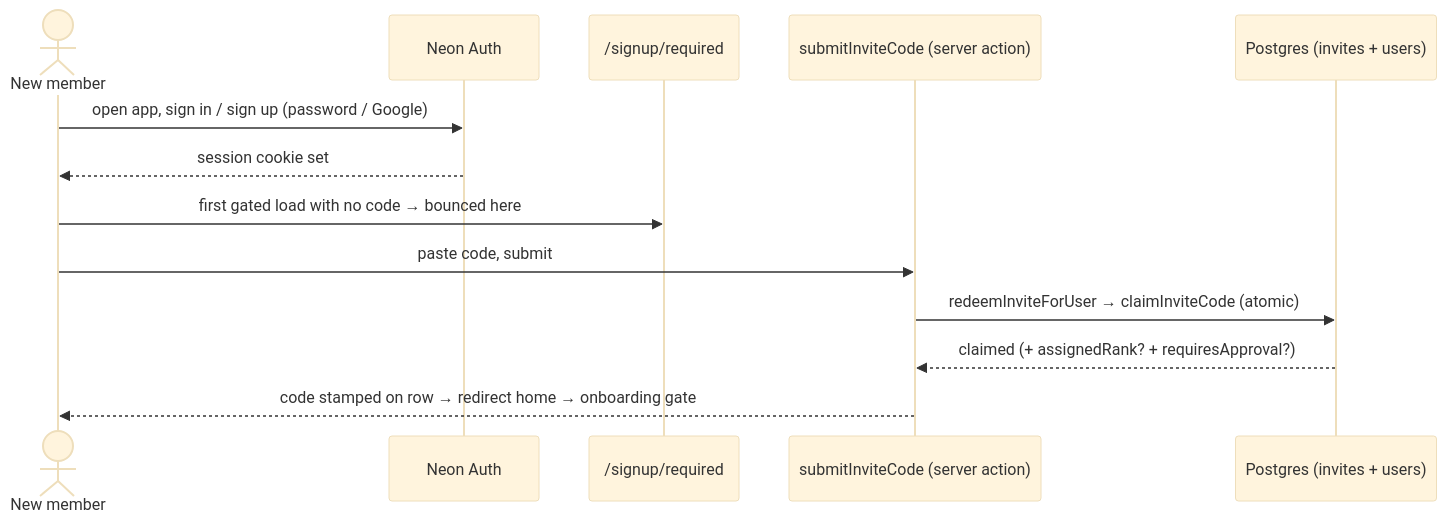
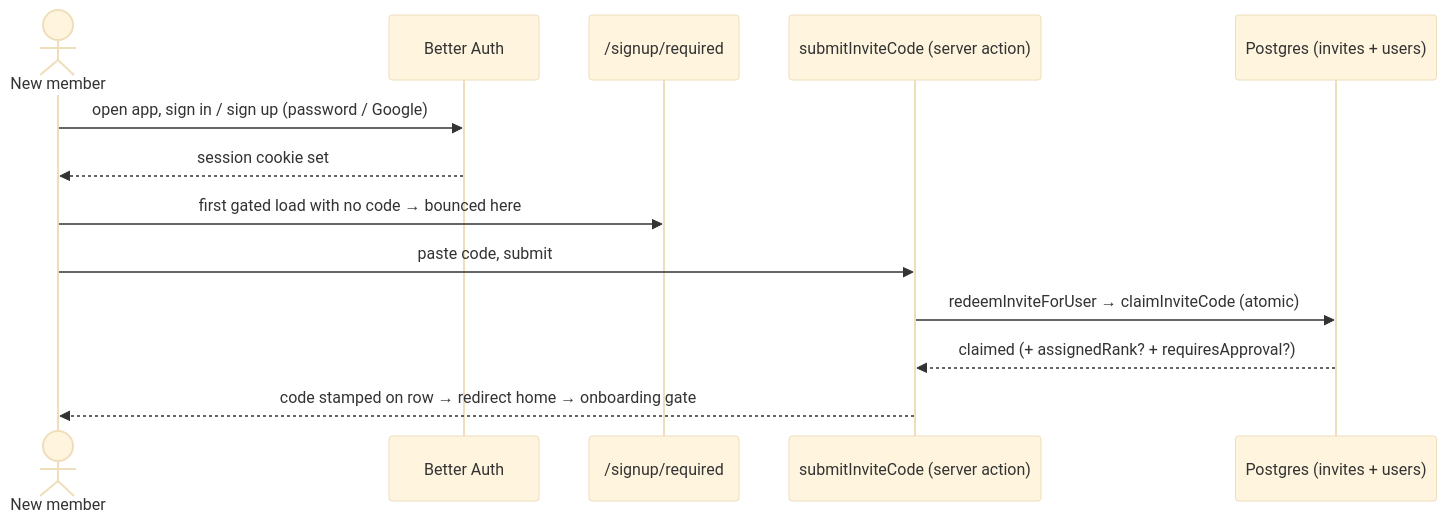
One commit to RyRy79261/camp-404 changed the third of 9 diagrams in docs/user-journey.md. Above: the diagram before and after it, drawn with Mermaid (base theme). The commit also changed other lines of this file and 31 other files, not shown here.

First line of the commit message:
docs: every page, script and guide that named Neon Auth now describes the login we run

````diff
--- a/docs/user-journey.md
+++ b/docs/user-journey.md
@@ -105,16 +105,16 @@
 ```mermaid
 sequenceDiagram
     actor U as New member
-    participant NA as Neon Auth
+    participant NA as Better Auth
     participant SR as /signup/required
     participant SA as submitInviteCode (server action)
     participant DB as Postgres (invites + users)
 
     U->>NA: open app, sign in / sign up (password / Google)
     NA-->>U: session cookie set
     U->>SR: first gated load with no code → bounced here
     U->>SA: paste code, submit
     SA->>DB: redeemInviteForUser → claimInviteCode (atomic)
     DB-->>SA: claimed (+ assignedRank? + requiresApproval?)
     SA-->>U: code stamped on row → redirect home → onboarding gate
 ```
````
